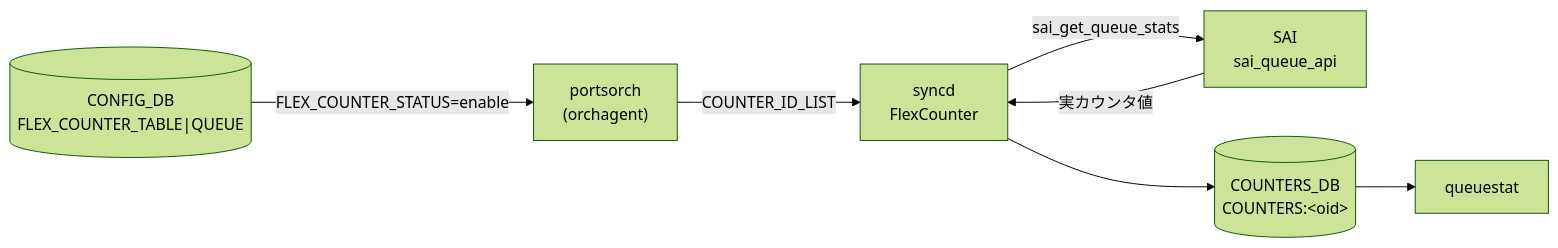
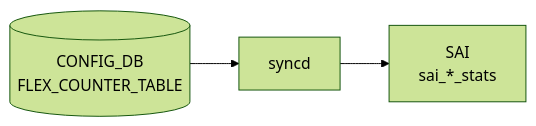
Before and after one commit to aoki-taquan/sonic-unofficial-docs: the diagram in docs/reference/config-db/queue-counter.md, drawn with Mermaid (forest theme). The commit also changed other lines of this file and 359 other files, not shown here.

````diff
--- a/docs/reference/config-db/queue-counter.md
+++ b/docs/reference/config-db/queue-counter.md
@@ -39,16 +39,8 @@
 ```mermaid
 flowchart LR
-  CFG[("CONFIG_DB<br/>FLEX_COUNTER_TABLE|QUEUE")]
-  ORC["portsorch<br/>(orchagent)"]
-  SYNCD["syncd<br/>FlexCounter"]
-  HW["SAI<br/>sai_queue_api"]
-  CNTDB[("COUNTERS_DB<br/>COUNTERS:&lt;oid&gt;")]
-  CLI["queuestat"]
-
-  CFG -- FLEX_COUNTER_STATUS=enable --> ORC
-  ORC -- COUNTER_ID_LIST --> SYNCD
-  SYNCD -- sai_get_queue_stats --> HW
-  HW -- 実カウンタ値 --> SYNCD
-  SYNCD --> CNTDB
-  CNTDB --> CLI
+  CDB[("CONFIG_DB<br/>FLEX_COUNTER_TABLE")]
+  DM["syncd"]
+  CDB --> DM
+  SAI["SAI<br/>sai_*_stats"]
+  DM --> SAI
 ```
````
